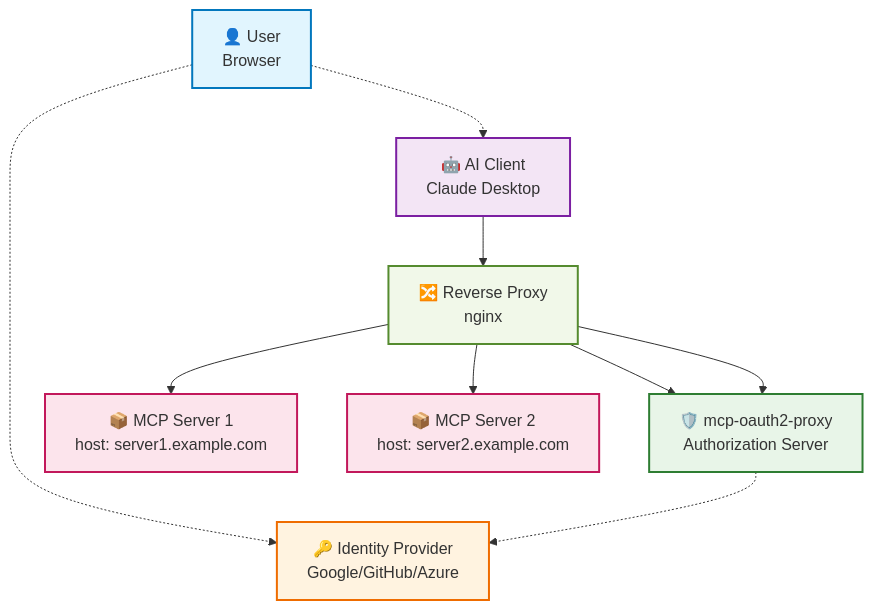
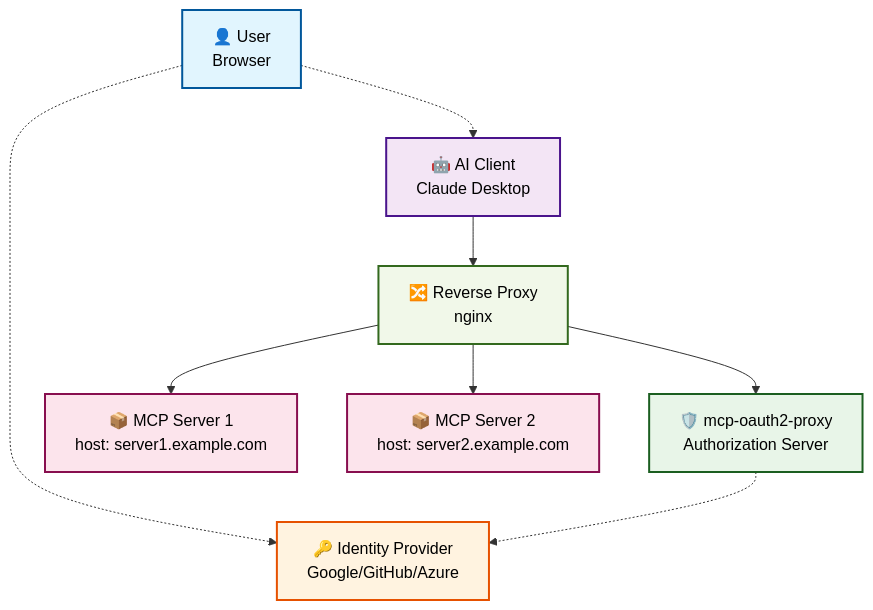
The diagram in README.md (matheuscscp/mcp-oauth2-proxy), drawn with Mermaid before and after one commit.

````diff
--- a/README.md
+++ b/README.md
@@ -12,39 +12,38 @@
 ```mermaid
 flowchart TB
     User[👤 User<br/>Browser]
     AI[🤖 AI Client<br/>Claude Desktop]
     RP[🔀 Reverse Proxy<br/>nginx]
     Proxy[🛡️ mcp-oauth2-proxy<br/>Authorization Server]
     IdP[🔑 Identity Provider<br/>Google/GitHub/Azure]
     MCP1[📦 MCP Server 1<br/>host: server1.example.com]
     MCP2[📦 MCP Server 2<br/>host: server2.example.com]
     
     %% User interactions
     User -.-> AI
     User -.-> IdP
     
     %% AI Client to services via Reverse Proxy
     AI --> RP
     RP --> Proxy
     RP --> MCP1
     RP --> MCP2
     
     %% Authentication flow
     Proxy -.-> IdP
-    RP --> Proxy
     
     %% Styling
-    classDef userStyle fill:#e1f5fe,stroke:#0277bd,stroke-width:2px
-    classDef aiStyle fill:#f3e5f5,stroke:#7b1fa2,stroke-width:2px
-    classDef proxyStyle fill:#e8f5e8,stroke:#2e7d32,stroke-width:2px
-    classDef idpStyle fill:#fff3e0,stroke:#ef6c00,stroke-width:2px
-    classDef mcpStyle fill:#fce4ec,stroke:#c2185b,stroke-width:2px
-    classDef rpStyle fill:#f1f8e9,stroke:#558b2f,stroke-width:2px
+    classDef userStyle fill:#e1f5fe,stroke:#01579b,stroke-width:2px,color:#000
+    classDef aiStyle fill:#f3e5f5,stroke:#4a148c,stroke-width:2px,color:#000
+    classDef proxyStyle fill:#e8f5e8,stroke:#1b5e20,stroke-width:2px,color:#000
+    classDef idpStyle fill:#fff3e0,stroke:#e65100,stroke-width:2px,color:#000
+    classDef mcpStyle fill:#fce4ec,stroke:#880e4f,stroke-width:2px,color:#000
+    classDef rpStyle fill:#f1f8e9,stroke:#33691e,stroke-width:2px,color:#000
     
     class User userStyle
     class AI aiStyle
     class Proxy proxyStyle
     class IdP idpStyle
     class MCP1,MCP2 mcpStyle
     class RP rpStyle
 ```
````
